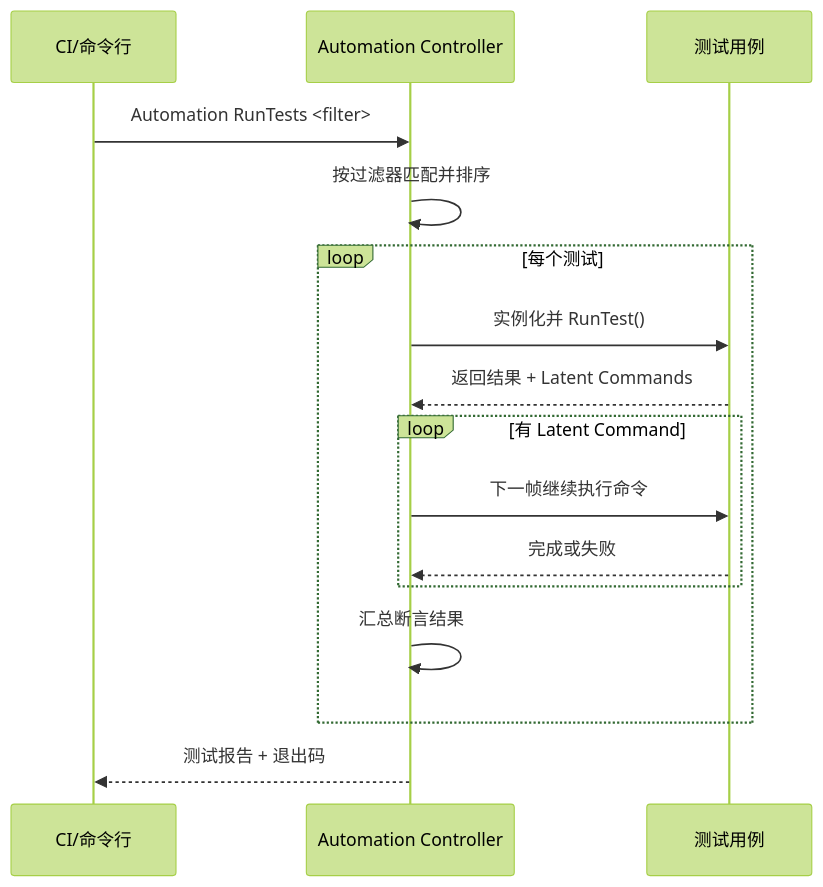
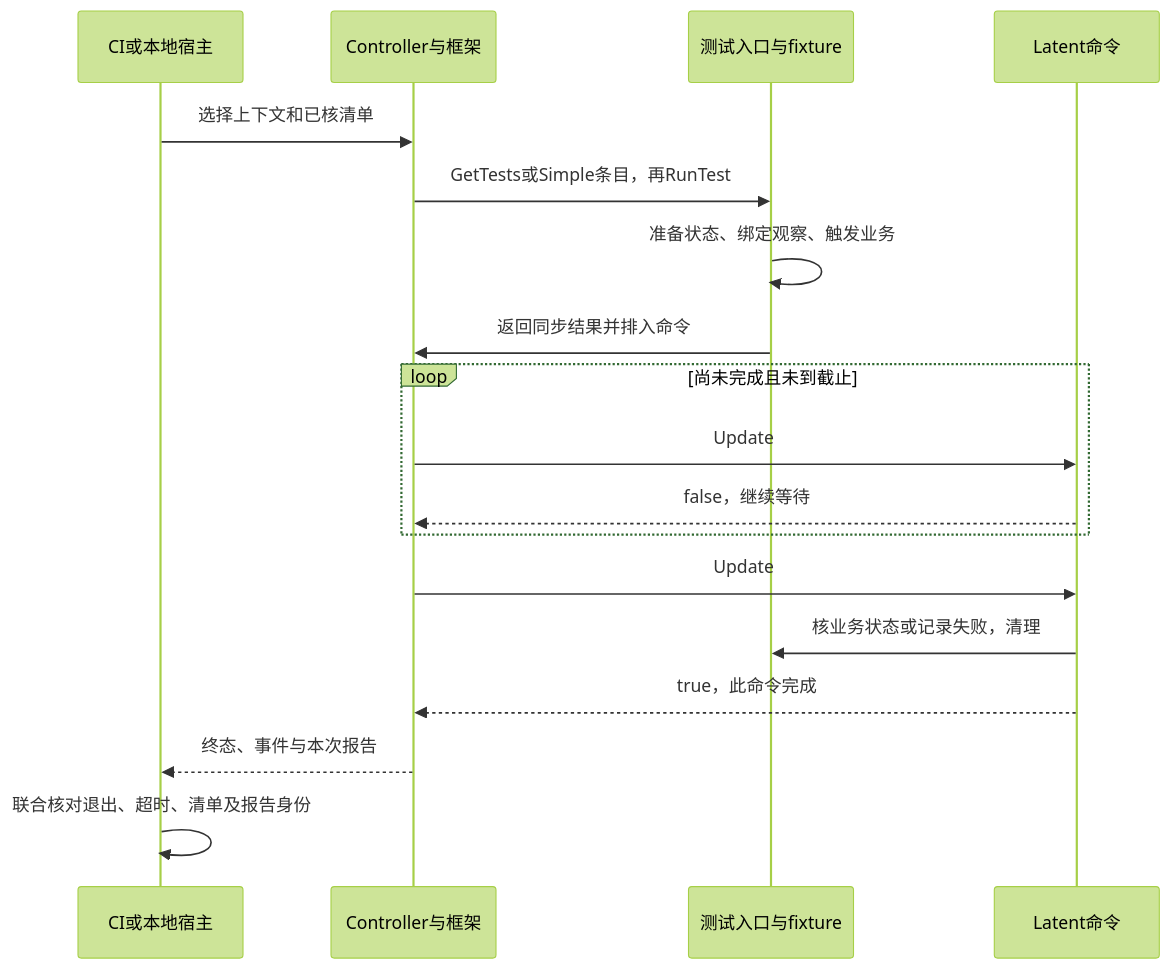
Before and after one commit to fantuan812/learning: the second of 2 diagrams in 知识/08-工程实践与质量/测试策略与自动化/02-客户端自动化测试.md, drawn with Mermaid (forest theme). The commit also changed other lines of this file and 1 other file, not shown here.

Commit message:
纠正客户端自动化终态、截图基线与证据判定

````diff
--- a/知识/08-工程实践与质量/测试策略与自动化/02-客户端自动化测试.md
+++ b/知识/08-工程实践与质量/测试策略与自动化/02-客户端自动化测试.md
@@ -82,18 +126,20 @@
 ```mermaid
 sequenceDiagram
-    participant CI as CI/命令行
-    participant AC as Automation Controller
-    participant T as 测试用例
-    CI->>AC: Automation RunTests <filter>
-    AC->>AC: 按过滤器匹配并排序
-    loop 每个测试
-        AC->>T: 实例化并 RunTest()
-        T-->>AC: 返回结果 + Latent Commands
-        loop 有 Latent Command
-            AC->>T: 下一帧继续执行命令
-            T-->>AC: 完成或失败
-        end
-        AC->>AC: 汇总断言结果
+    participant CI as CI或本地宿主
+    participant C as Controller与框架
+    participant T as 测试入口与fixture
+    participant L as Latent命令
+    CI->>C: 选择上下文和已核清单
+    C->>T: GetTests或Simple条目，再RunTest
+    T->>T: 准备状态、绑定观察、触发业务
+    T->>C: 返回同步结果并排入命令
+    loop 尚未完成且未到截止
+        C->>L: Update
+        L-->>C: false，继续等待
     end
-    AC-->>CI: 测试报告 + 退出码
+    C->>L: Update
+    L->>T: 核业务状态或记录失败，清理
+    L-->>C: true，此命令完成
+    C-->>CI: 终态、事件与本次报告
+    CI->>CI: 联合核对退出、超时、清单及报告身份
 ```
````
